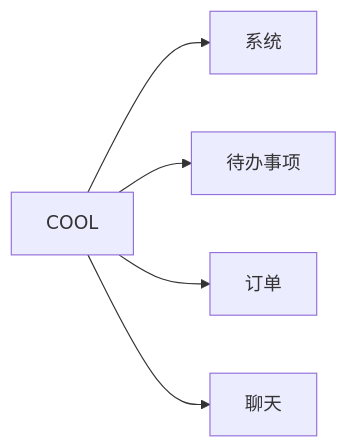
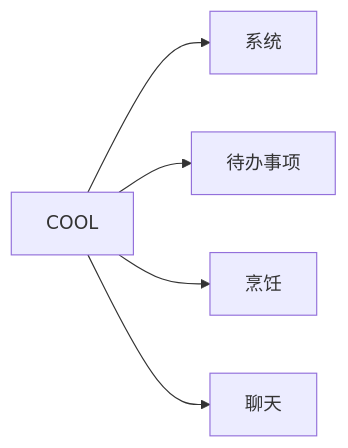
The diagram in README.md (ananliangliang/cool), drawn with Mermaid before and after one commit. The commit also changed 28 other files, not shown here.

````diff
--- a/README.md
+++ b/README.md
@@ -5,7 +5,7 @@
 ```mermaid
 graph LR
 COOL[COOL] --> sys[系统]
 COOL --> todo[待办事项]
-COOL --> order[订单]
+COOL --> cook[烹饪]
 COOL --> chat[聊天]
 ```
````
